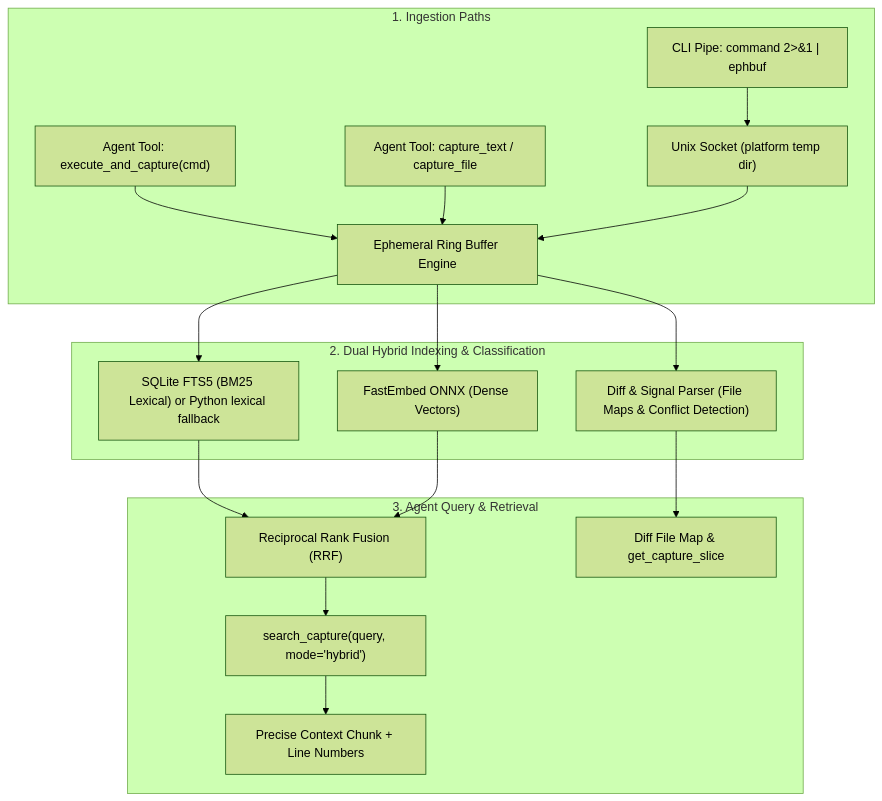
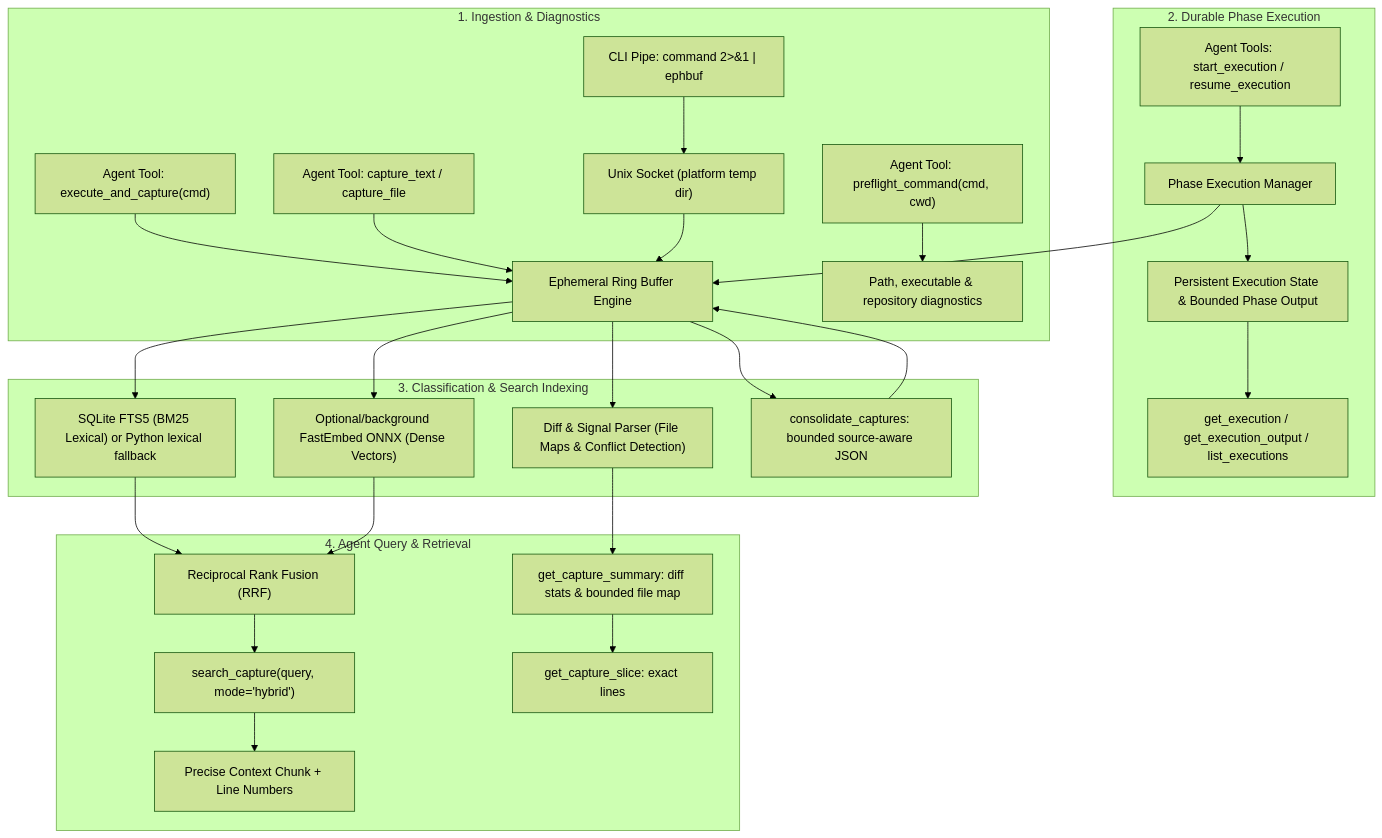
Before and after one commit to k-rister/ephemeral-buffer-mcp: the diagram in README.md, drawn with Mermaid (forest theme).

Commit message:
docs: update Mermaid architecture flow
Document preflight diagnostics, durable phase execution, capture consolidation, and asynchronous semantic indexing in the architecture diagram.

AI-Tool: Codex
AI-Model: GPT-5
AI-Effort: not specified

````diff
--- a/README.md
+++ b/README.md
@@ -386,22 +386,33 @@
 ```mermaid
 flowchart TD
-    subgraph Ingestion["1. Ingestion Paths"]
+    subgraph Ingestion["1. Ingestion & Diagnostics"]
         A["CLI Pipe: command 2>&1 | ephbuf"] --> D["Unix Socket (platform temp dir)"]
         B["Agent Tool: execute_and_capture(cmd)"] --> E["Ephemeral Ring Buffer Engine"]
         C["Agent Tool: capture_text / capture_file"] --> E
         D --> E
+        P["Agent Tool: preflight_command(cmd, cwd)"] --> Q["Path, executable & repository diagnostics"]
     end
 
-    subgraph Indexing["2. Dual Hybrid Indexing & Classification"]
-        E --> F["SQLite FTS5 (BM25 Lexical) or Python lexical fallback"]
-        E --> G["FastEmbed ONNX (Dense Vectors)"]
-        E --> K["Diff & Signal Parser (File Maps & Conflict Detection)"]
+    subgraph Execution["2. Durable Phase Execution"]
+        X["Agent Tools: start_execution / resume_execution"] --> Y["Phase Execution Manager"]
+        Y --> Z["Persistent Execution State & Bounded Phase Output"]
+        Y --> E
+        Z --> AA["get_execution / get_execution_output / list_executions"]
     end
 
-    subgraph Querying["3. Agent Query & Retrieval"]
+    subgraph Indexing["3. Classification & Search Indexing"]
+        E --> F["SQLite FTS5 (BM25 Lexical) or Python lexical fallback"]
+        E --> G["Optional/background FastEmbed ONNX (Dense Vectors)"]
+        E --> K["Diff & Signal Parser (File Maps & Conflict Detection)"]
+        E --> M["consolidate_captures: bounded source-aware JSON"]
+        M --> E
+    end
+
+    subgraph Querying["4. Agent Query & Retrieval"]
         F & G --> H["Reciprocal Rank Fusion (RRF)"]
         H --> I["search_capture(query, mode='hybrid')"]
-        K --> L["Diff File Map & get_capture_slice"]
+        K --> L["get_capture_summary: diff stats & bounded file map"]
+        L --> N["get_capture_slice: exact lines"]
         I --> J["Precise Context Chunk + Line Numbers"]
     end
 ```
````
